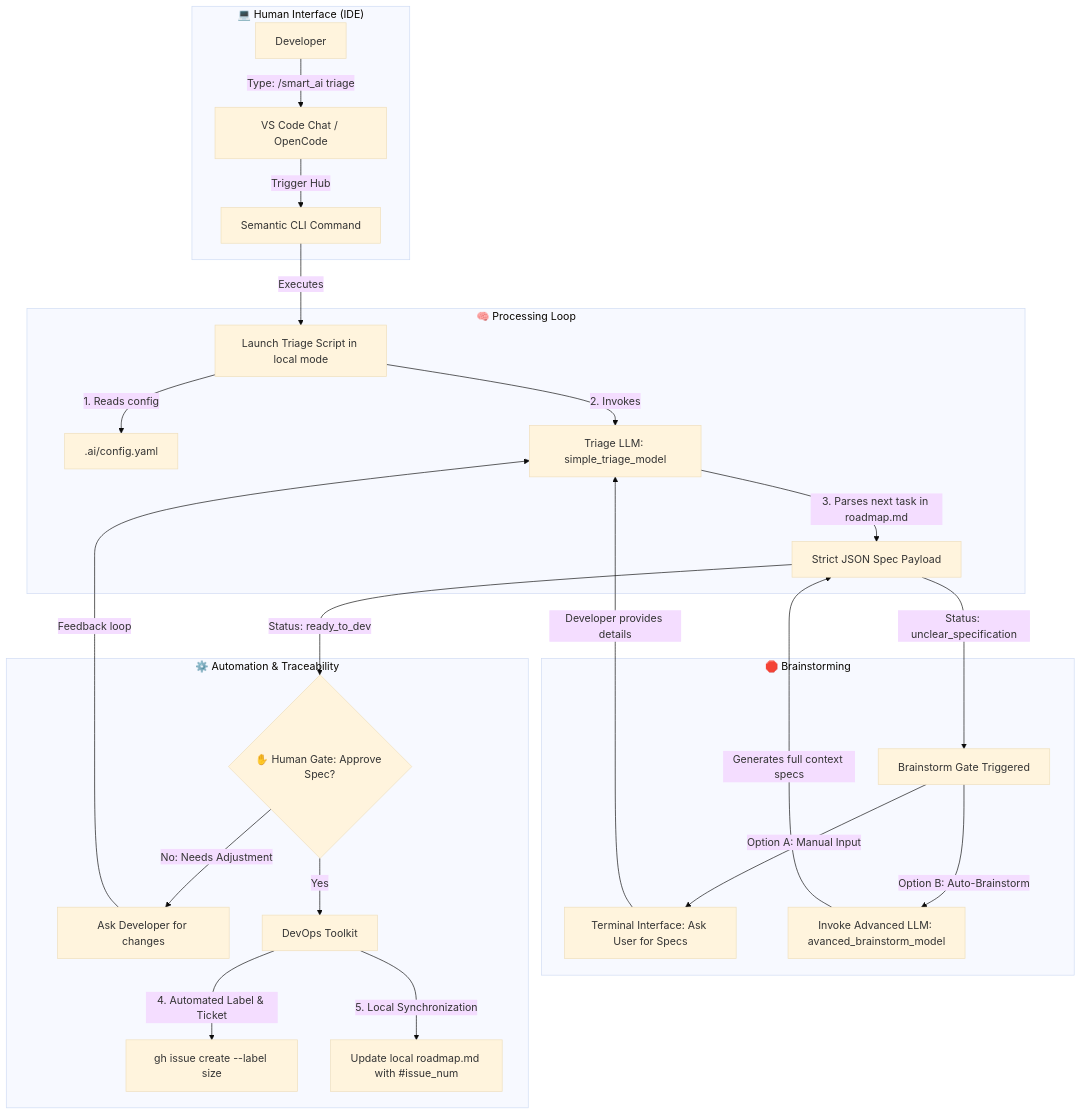
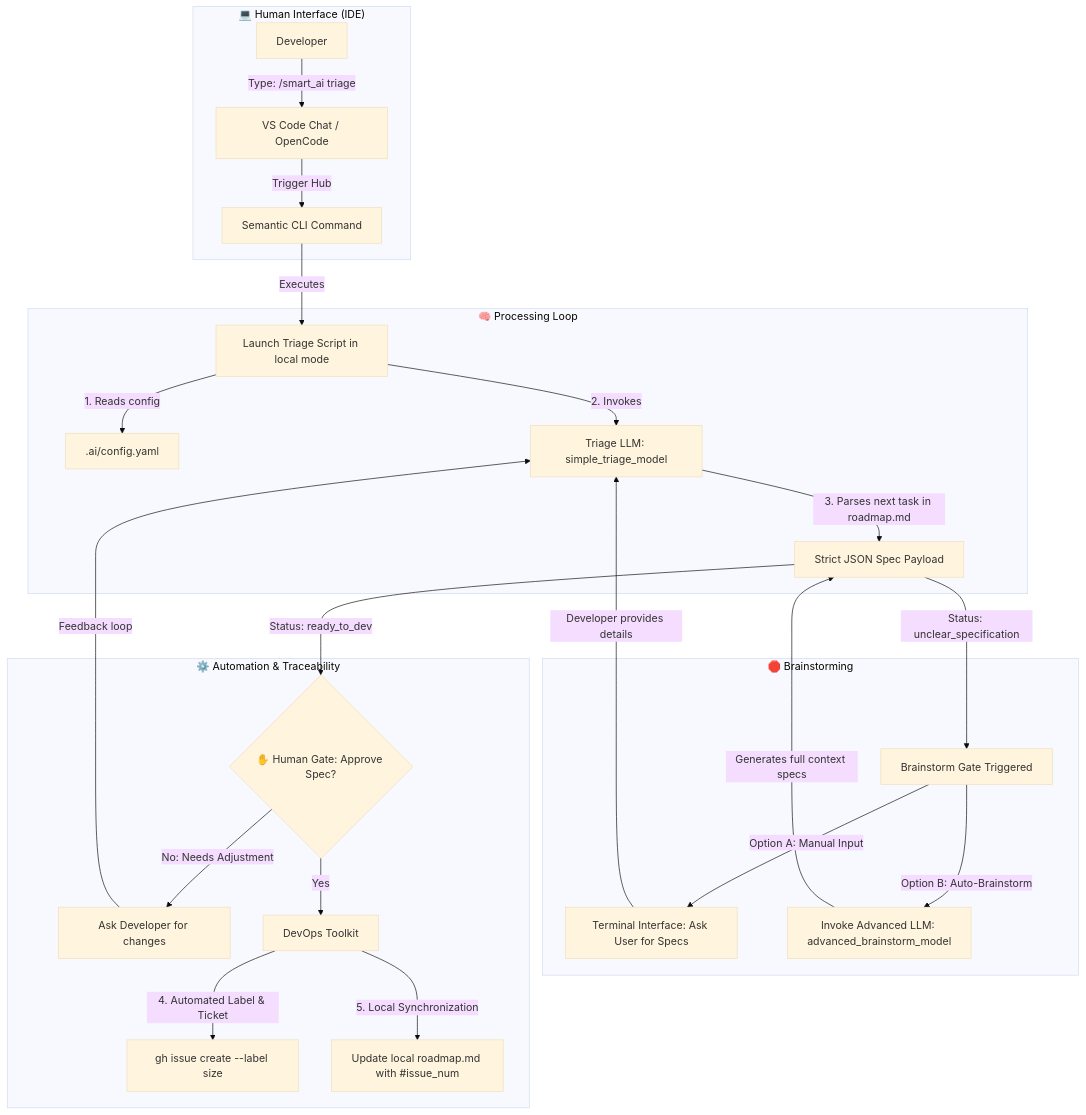
One commit to fletort/smart-ai-factory changed the diagram in docs/pipelines/triage_local.md. Above: the diagram before and after it, drawn with Mermaid (base theme). The commit also changed other lines of this file and 2 other files, not shown here.

````diff
--- a/docs/pipelines/triage_local.md
+++ b/docs/pipelines/triage_local.md
@@ -11,34 +13,34 @@
 ```mermaid
 graph TD
     subgraph "💻 Human Interface (IDE)"
         User[Developer] -->|Type: /smart_ai triage| Chat[VS Code Chat / OpenCode]
         Chat -->|Trigger Hub| CLI[Semantic CLI Command]
     end
 
     subgraph "🧠 Processing Loop"
         CLI -->|Executes| Script[Launch Triage Script in local mode]
         Script -->|1. Reads config| Config[.ai/config.yaml]
         Script -->|2. Invokes| LLM[Triage LLM: simple_triage_model]
         LLM -->|3. Parses next task in roadmap.md| JSON[Strict JSON Spec Payload]
     end
 
     subgraph "🛑 Brainstorming"
         JSON -->|"Status: unclear_specification"| BS[Brainstorm Gate Triggered]
         BS -->|Option A: Manual Input| Prompt[Terminal Interface: Ask User for Specs]
         Prompt -->|Developer provides details| LLM
 
-        BS -->|Option B: Auto-Brainstorm| Claude[Invoke Advanced LLM: avanced_brainstorm_model]
+        BS -->|Option B: Auto-Brainstorm| Claude[Invoke Advanced LLM: advanced_brainstorm_model]
         Claude -->|Generates full context specs| JSON
     end
 
     subgraph "⚙️ Automation & Traceability"
         JSON -->|"Status: ready_to_dev"| HITL{✋ Human Gate: Approve Spec?}
 
         HITL -->|No: Needs Adjustment| Adjust[Ask Developer for changes]
         Adjust -->|Feedback loop| LLM
 
         HITL -->|Yes| DevOp[DevOps Toolkit]
         DevOp -->|4. Automated Label & Ticket| GH[gh issue create --label size]
         DevOp -->|5. Local Synchronization| RM[Update local roadmap.md with #issue_num]
     end
 ```
````
